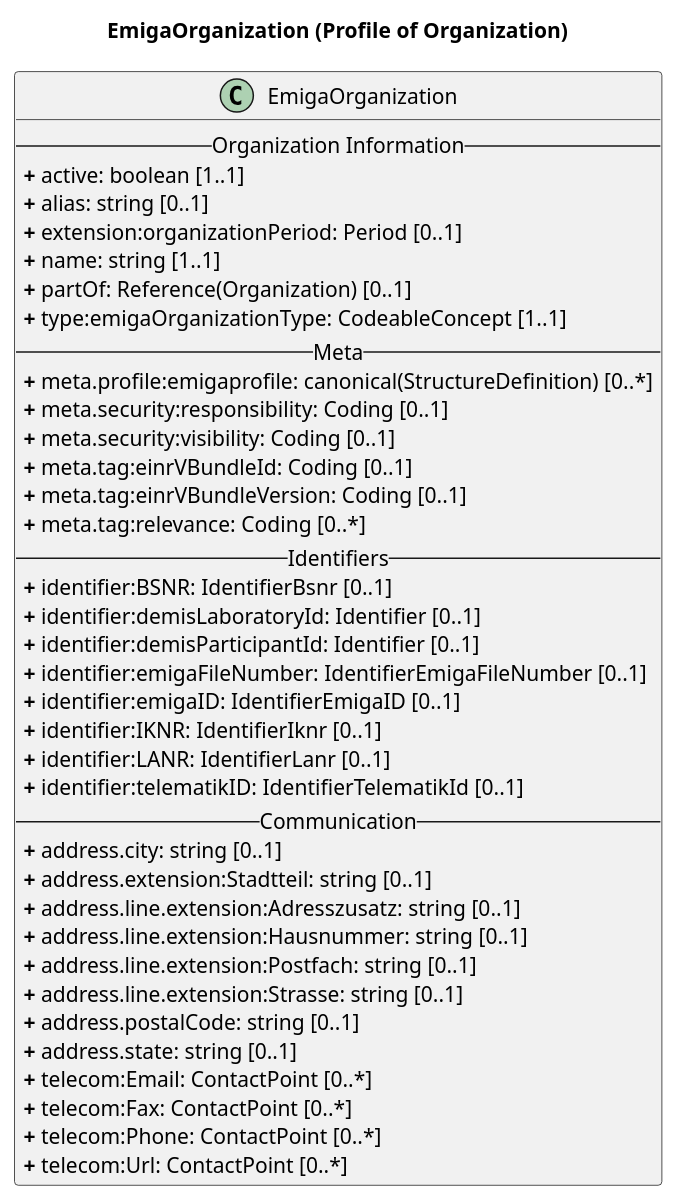
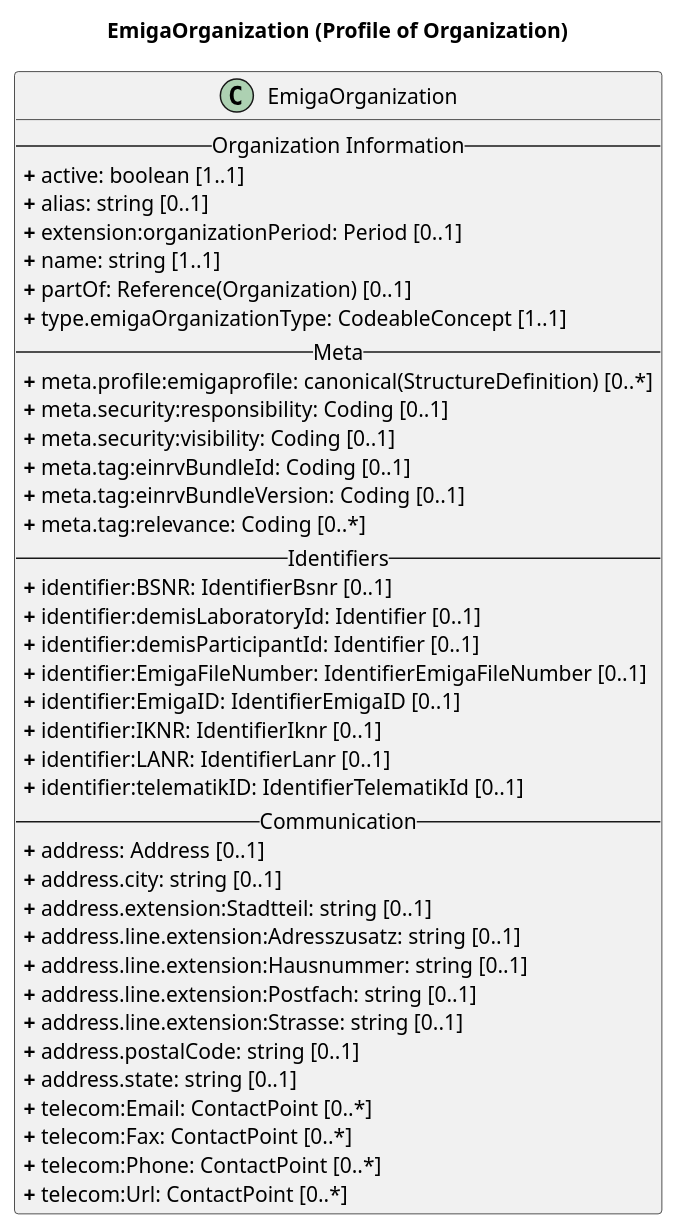
Before and after one commit to robert-koch-institut/rki.emiga.vzd: the diagram in rki.emiga.vzd/guides/implementationguides.vzd/PlantUML/Organization.puml, drawn with PlantUML. The commit also changed 18 other files, not shown here.

```diff
--- a/rki.emiga.vzd/guides/implementationguides.vzd/PlantUML/Organization.puml
+++ b/rki.emiga.vzd/guides/implementationguides.vzd/PlantUML/Organization.puml
@@ -1,46 +1,47 @@
 @startuml
 skinparam linetype ortho
 
 title EmigaOrganization (Profile of Organization)
 
 ' Main Class
 class EmigaOrganization{
 -- Organization Information --
 <b>+</b> active: boolean [1..1]
 <b>+</b> alias: string [0..1]
 <b>+</b> extension:organizationPeriod: Period [0..1]
 <b>+</b> name: string [1..1]
 <b>+</b> partOf: Reference(Organization) [0..1]
-<b>+</b> type:emigaOrganizationType: CodeableConcept [1..1]
+<b>+</b> type.emigaOrganizationType: CodeableConcept [1..1]
 -- Meta --
 <b>+</b> meta.profile:emigaprofile: canonical(StructureDefinition) [0..*]
 <b>+</b> meta.security:responsibility: Coding [0..1]
 <b>+</b> meta.security:visibility: Coding [0..1]
-<b>+</b> meta.tag:einrVBundleId: Coding [0..1]
-<b>+</b> meta.tag:einrVBundleVersion: Coding [0..1]
+<b>+</b> meta.tag:einrvBundleId: Coding [0..1]
+<b>+</b> meta.tag:einrvBundleVersion: Coding [0..1]
 <b>+</b> meta.tag:relevance: Coding [0..*]
 -- Identifiers --
-<b>+</b> identifier:BSNR: IdentifierBsnr [0..1] 
+<b>+</b> identifier:BSNR: IdentifierBsnr [0..1]
 <b>+</b> identifier:demisLaboratoryId: Identifier [0..1]
 <b>+</b> identifier:demisParticipantId: Identifier [0..1]
-<b>+</b> identifier:emigaFileNumber: IdentifierEmigaFileNumber [0..1]
-<b>+</b> identifier:emigaID: IdentifierEmigaID [0..1]
+<b>+</b> identifier:EmigaFileNumber: IdentifierEmigaFileNumber [0..1]
+<b>+</b> identifier:EmigaID: IdentifierEmigaID [0..1]
 <b>+</b> identifier:IKNR: IdentifierIknr [0..1]
 <b>+</b> identifier:LANR: IdentifierLanr [0..1]
 <b>+</b> identifier:telematikID: IdentifierTelematikId [0..1]
 -- Communication --
+<b>+</b> address: Address [0..1]
 <b>+</b> address.city: string [0..1]
 <b>+</b> address.extension:Stadtteil: string [0..1]
 <b>+</b> address.line.extension:Adresszusatz: string [0..1]
 <b>+</b> address.line.extension:Hausnummer: string [0..1]
 <b>+</b> address.line.extension:Postfach: string [0..1]
 <b>+</b> address.line.extension:Strasse: string [0..1]
 <b>+</b> address.postalCode: string [0..1]
 <b>+</b> address.state: string [0..1]
 <b>+</b> telecom:Email: ContactPoint [0..*]
 <b>+</b> telecom:Fax: ContactPoint [0..*]
 <b>+</b> telecom:Phone: ContactPoint [0..*]
 <b>+</b> telecom:Url: ContactPoint [0..*]
 }
 
 @enduml
```
